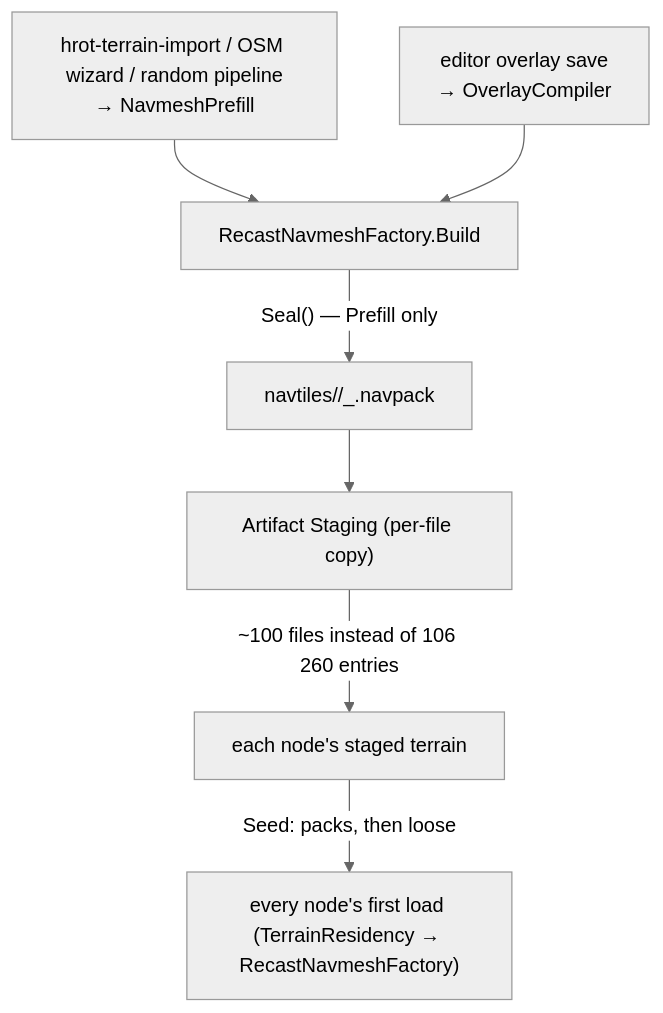
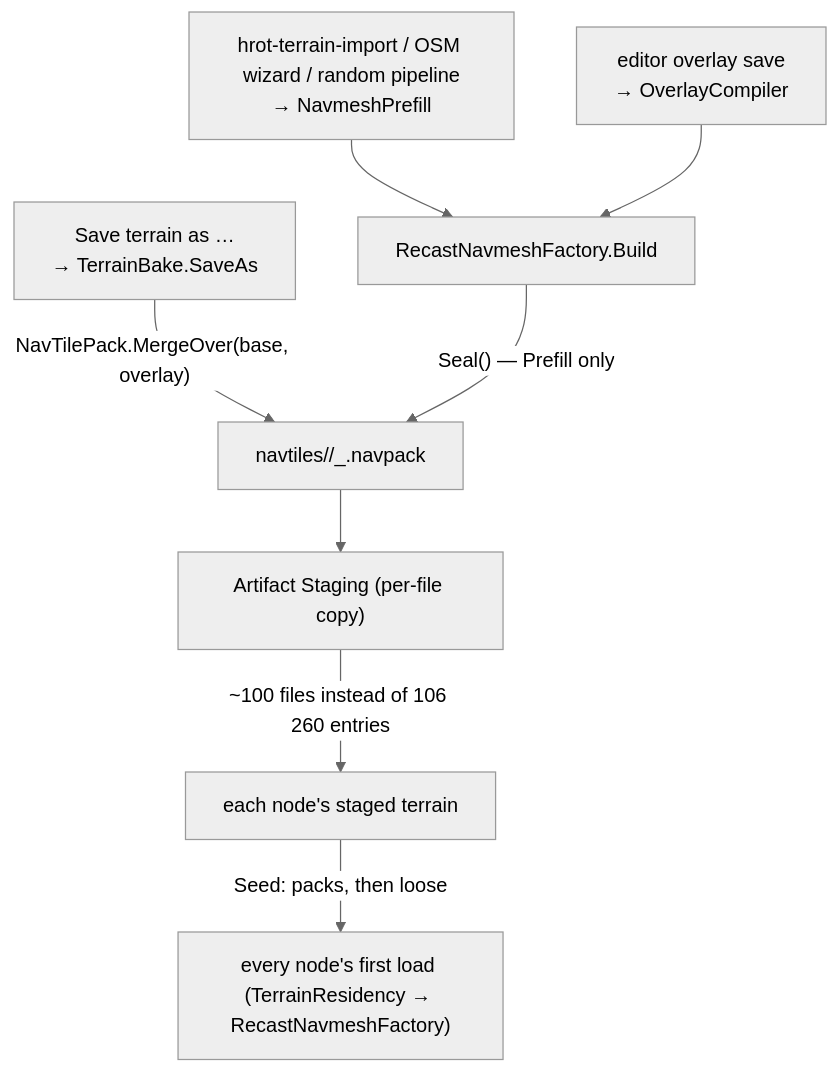
One commit to pjanec/HROT changed diagram 19 of 19 in docs/DESIGN_Terrain_Import_UTM.md. Above: the diagram before and after it, drawn with Mermaid (neutral theme). The commit also changed other lines of this file and 4 other files, not shown here.

First line of the commit message:
CE-3428 (WIP): the terrain save merges navtiles through the pack layer (NavTilePack.MergeOver, the T-6 rule kept); rails read keys

````diff
--- a/docs/DESIGN_Terrain_Import_UTM.md
+++ b/docs/DESIGN_Terrain_Import_UTM.md
@@ -1243,9 +1245,10 @@
 ```mermaid
 graph TD
   IMP["hrot-terrain-import / OSM wizard / random pipeline<br/>→ NavmeshPrefill"] --> FAC["RecastNavmeshFactory.Build"]
   OVL["editor overlay save<br/>→ OverlayCompiler"] --> FAC
+  SAVE["Save terrain as …<br/>→ TerrainBake.SaveAs"] -->|"NavTilePack.MergeOver(base, overlay)"| PACK
   FAC -->|"Seal() — Prefill only"| PACK["navtiles/<layer>/<rx>_<rz>.navpack"]
   STG["Artifact Staging (per-file copy)"] -->|"~100 files instead of 106 260 entries"| NODE["each node's staged terrain"]
   PACK --> STG
   NODE -->|"Seed: packs, then loose"| LOAD["every node's first load (TerrainResidency → RecastNavmeshFactory)"]
 ```
````
